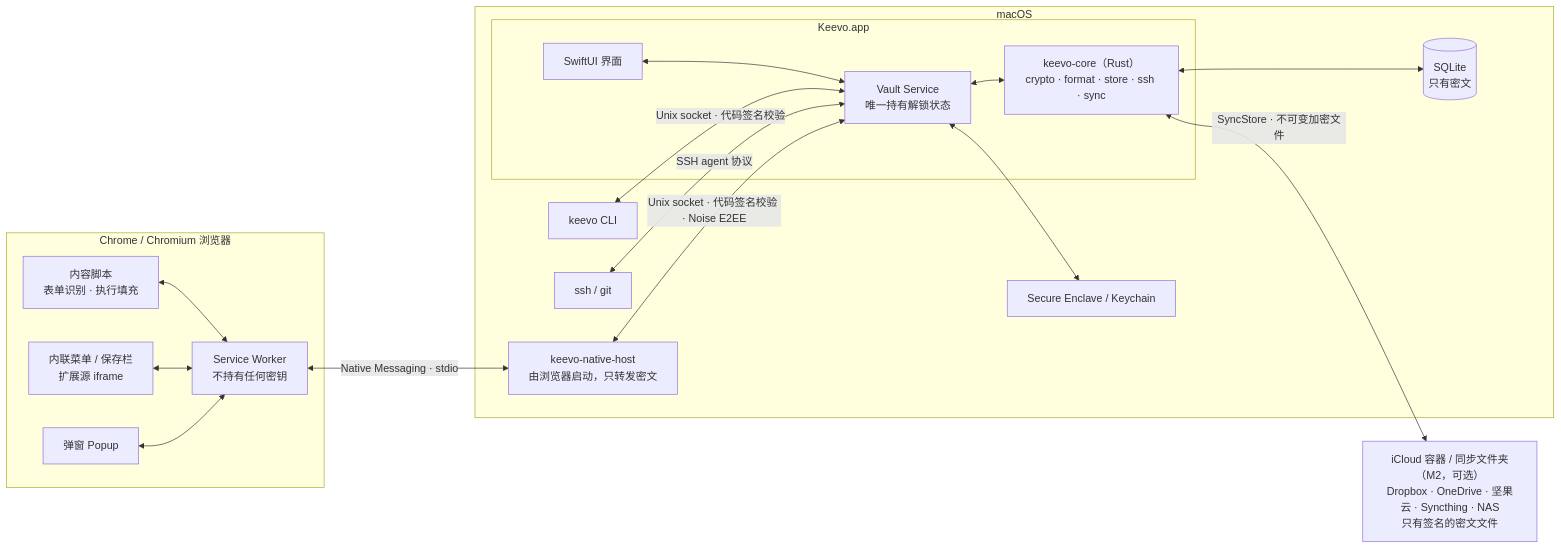
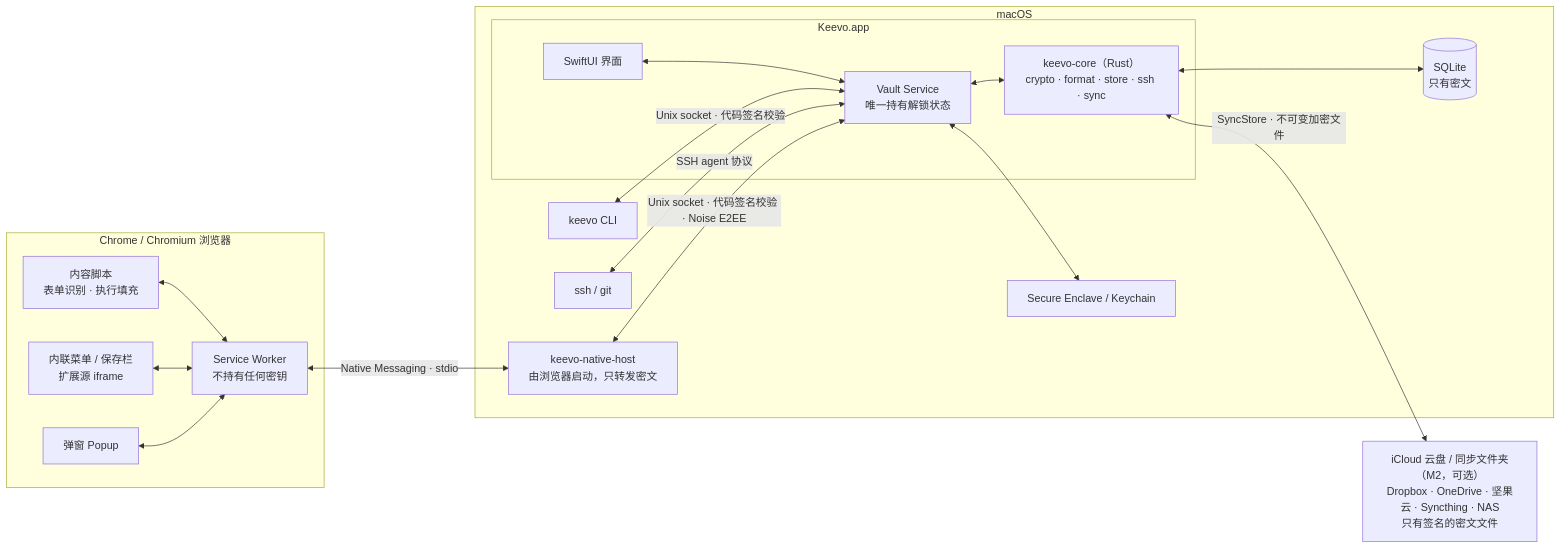
One commit to xiaoowen/keevo changed the first of 2 diagrams in docs/architecture.md. Above: the diagram before and after it, drawn with Mermaid. The commit also changed other lines of this file and 7 other files, not shown here.

````diff
--- a/docs/architecture.md
+++ b/docs/architecture.md
@@ -5,37 +5,37 @@
 ```mermaid
 flowchart LR
   subgraph Browser["Chrome / Chromium 浏览器"]
     CS["内容脚本<br/>表单识别 · 执行填充"]
     IM["内联菜单 / 保存栏<br/>扩展源 iframe"]
     PU["弹窗 Popup"]
     SW["Service Worker<br/>不持有任何密钥"]
   end
 
   subgraph Mac["macOS"]
     NH["keevo-native-host<br/>由浏览器启动，只转发密文"]
     CLI["keevo CLI"]
     SSH["ssh / git"]
     subgraph App["Keevo.app"]
       UI["SwiftUI 界面"]
       VS["Vault Service<br/>唯一持有解锁状态"]
       CORE["keevo-core（Rust）<br/>crypto · format · store · ssh · sync"]
     end
     SE["Secure Enclave / Keychain"]
     DB[("SQLite<br/>只有密文")]
   end
 
-  SYNC["iCloud 容器 / 同步文件夹（M2，可选）<br/>Dropbox · OneDrive · 坚果云 · Syncthing · NAS<br/>只有签名的密文文件"]
+  SYNC["iCloud 云盘 / 同步文件夹（M2，可选）<br/>Dropbox · OneDrive · 坚果云 · Syncthing · NAS<br/>只有签名的密文文件"]
 
   CS <--> SW
   IM <--> SW
   PU <--> SW
   SW <-->|"Native Messaging · stdio"| NH
   NH <-->|"Unix socket · 代码签名校验 · Noise E2EE"| VS
   CLI <-->|"Unix socket · 代码签名校验"| VS
   SSH <-->|"SSH agent 协议"| VS
   UI <--> VS
   VS <--> CORE
   VS <--> SE
   CORE <--> DB
   CORE <-->|"SyncStore · 不可变加密文件"| SYNC
 ```
````
